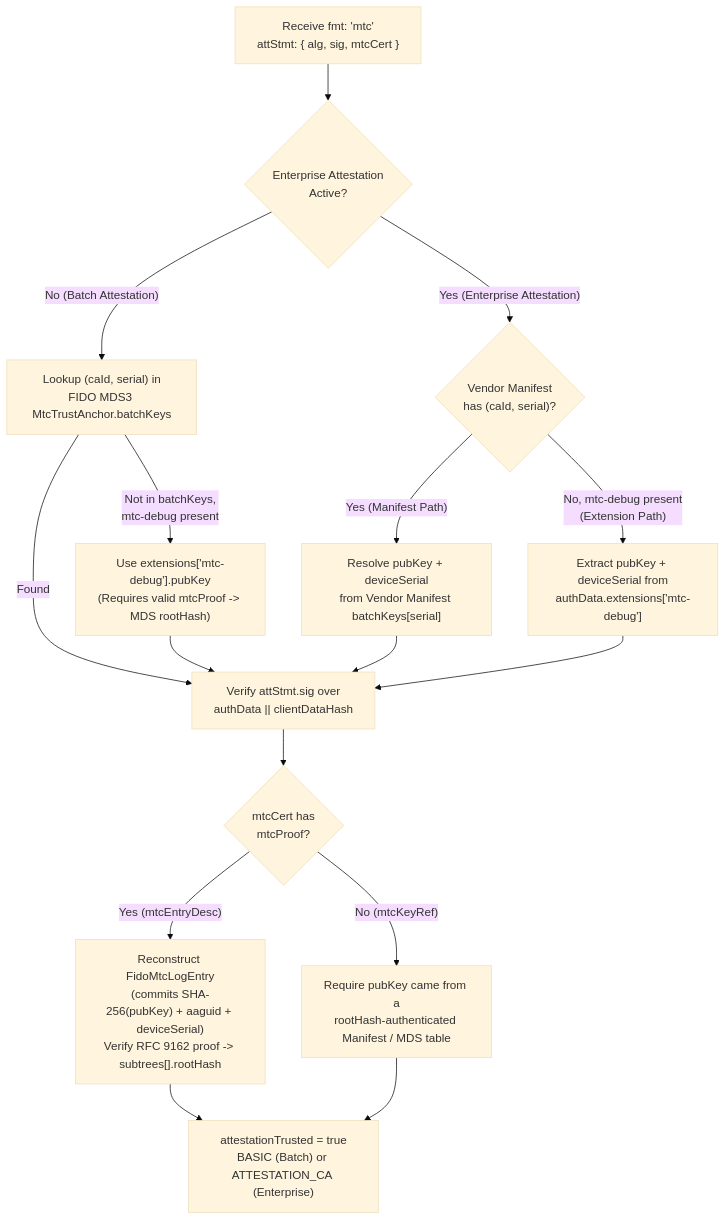
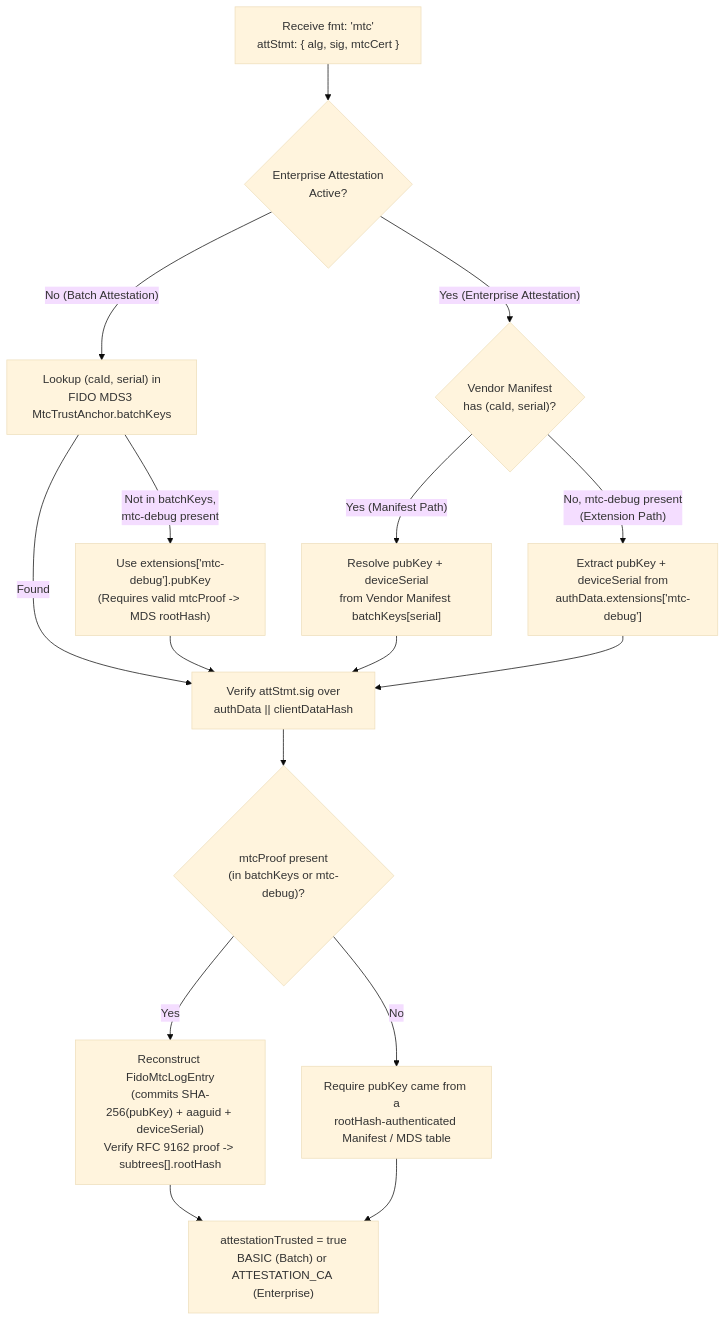
Before and after one commit to ve7jtb/ve7jtb.github.io: the diagram in mtc_attestation_proposal.md, drawn with Mermaid (base theme). The commit also changed other lines of this file and 2 other files, not shown here.

Commit message:
changes to only specify ultra compact mtc

````diff
--- a/mtc_attestation_proposal.md
+++ b/mtc_attestation_proposal.md
@@ -16,22 +16,22 @@
 ```mermaid
 flowchart TD
     Start["Receive fmt: 'mtc'<br/>attStmt: { alg, sig, mtcCert }"] --> Mode{"Enterprise Attestation<br/>Active?"}
 
     Mode -- "No (Batch Attestation)" --> MDSLookup["Lookup (caId, serial) in<br/>FIDO MDS3 MtcTrustAnchor.batchKeys"]
     MDSLookup -- "Found" --> VerifySig["Verify attStmt.sig over<br/>authData || clientDataHash"]
     MDSLookup -- "Not in batchKeys,<br/>mtc-debug present" --> DebugBatch["Use extensions['mtc-debug'].pubKey<br/>(Requires valid mtcProof -> MDS rootHash)"]
     DebugBatch --> VerifySig
 
     Mode -- "Yes (Enterprise Attestation)" --> EntSource{"Vendor Manifest<br/>has (caId, serial)?"}
     EntSource -- "Yes (Manifest Path)" --> ManifestKey["Resolve pubKey + deviceSerial<br/>from Vendor Manifest batchKeys[serial]"]
     EntSource -- "No, mtc-debug present<br/>(Extension Path)" --> ExtKey["Extract pubKey + deviceSerial from<br/>authData.extensions['mtc-debug']"]
     ManifestKey --> VerifySig
     ExtKey --> VerifySig
 
-    VerifySig --> ProofCheck{"mtcCert has<br/>mtcProof?"}
-    ProofCheck -- "Yes (mtcEntryDesc)" --> WalkMerkle["Reconstruct FidoMtcLogEntry<br/>(commits SHA-256(pubKey) + aaguid + deviceSerial)<br/>Verify RFC 9162 proof -> subtrees[].rootHash"]
-    ProofCheck -- "No (mtcKeyRef)" --> TableCheck["Require pubKey came from a<br/>rootHash-authenticated Manifest / MDS table"]
+    VerifySig --> ProofCheck{"mtcProof present<br/>(in batchKeys or mtc-debug)?"}
+    ProofCheck -- "Yes" --> WalkMerkle["Reconstruct FidoMtcLogEntry<br/>(commits SHA-256(pubKey) + aaguid + deviceSerial)<br/>Verify RFC 9162 proof -> subtrees[].rootHash"]
+    ProofCheck -- "No" --> TableCheck["Require pubKey came from a<br/>rootHash-authenticated Manifest / MDS table"]
 
     WalkMerkle --> Trusted["attestationTrusted = true<br/>BASIC (Batch) or ATTESTATION_CA (Enterprise)"]
     TableCheck --> Trusted
 ```
````
